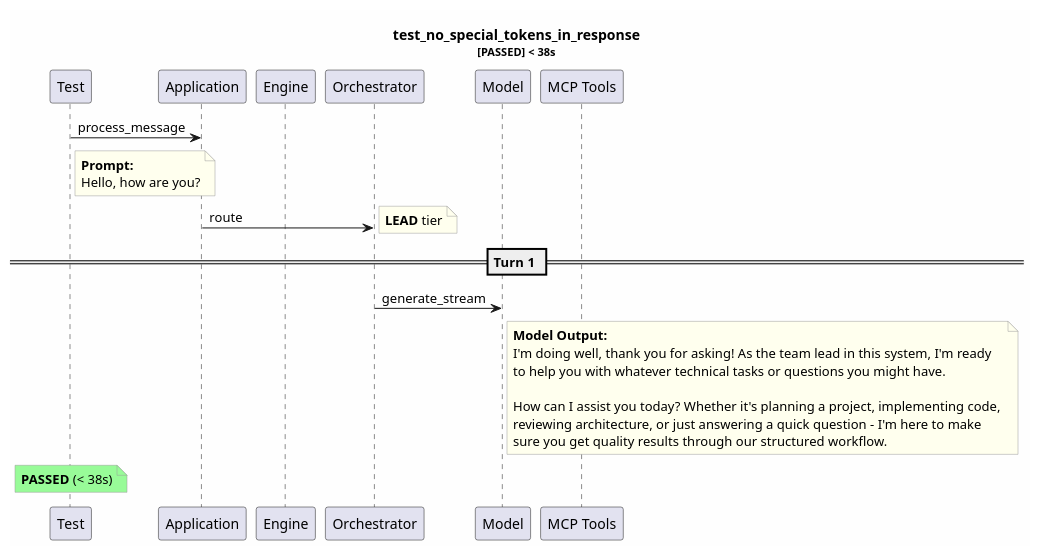
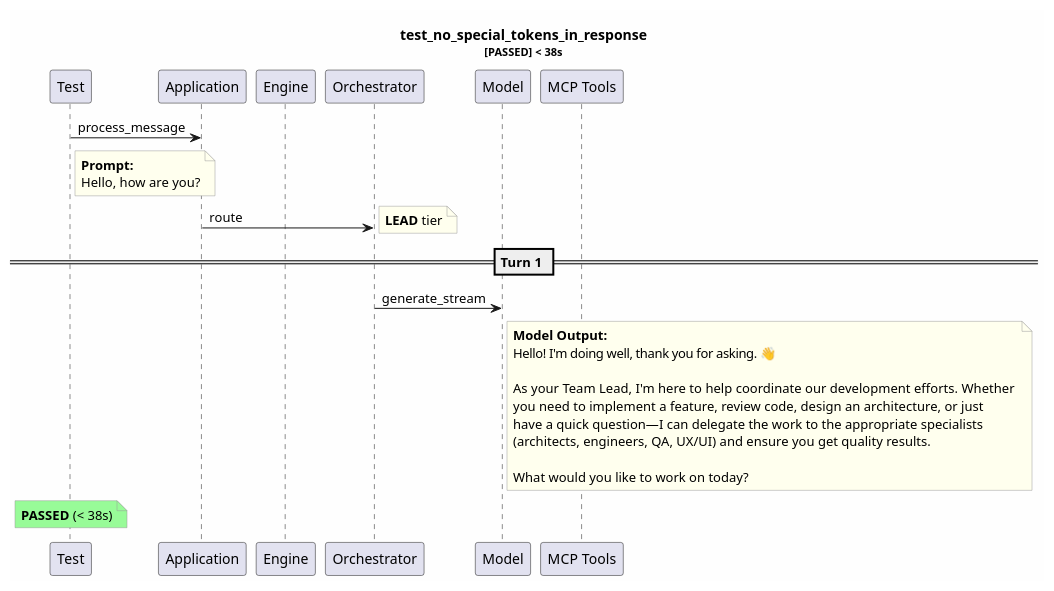
Before and after one commit to tvanfossen/entropic: the diagram in test-reports/logs/test_no_special_tokens_in_response/test_no_special_tokens_in_response.puml, drawn with PlantUML. The commit also changed 85 other files, not shown here.

```diff
--- a/test-reports/logs/test_no_special_tokens_in_response/test_no_special_tokens_in_response.puml
+++ b/test-reports/logs/test_no_special_tokens_in_response/test_no_special_tokens_in_response.puml
@@ -1,36 +1,38 @@
 @startuml
 skinparam backgroundColor #FEFEFE
 skinparam noteBorderColor #999999
 skinparam noteBackgroundColor #FFFFEE
 title test_no_special_tokens_in_response\n<size:11>[PASSED] < 38s</size>
 
 participant "Test" as T
 participant "Application" as App
 participant "Engine" as Eng
 participant "Orchestrator" as Orch
 participant "Model" as Mdl
 participant "MCP Tools" as MCP
 
 T -> App: process_message
 note right of T
   **Prompt:**
   Hello, how are you?
 end note
 App -> Orch: route
 note right: **LEAD** tier
 == Turn 1 ==
 Orch -> Mdl: generate_stream
 note right of Mdl
   **Model Output:**
-  I'm doing well, thank you for asking! As the team lead in this system, I'm ready
-  to help you with whatever technical tasks or questions you might have.
+  Hello! I'm doing well, thank you for asking. 👋
   
-  How can I assist you today? Whether it's planning a project, implementing code, 
-  reviewing architecture, or just answering a quick question - I'm here to make 
-  sure you get quality results through our structured workflow.
+  As your Team Lead, I'm here to help coordinate our development efforts. Whether 
+  you need to implement a feature, review code, design an architecture, or just 
+  have a quick question—I can delegate the work to the appropriate specialists 
+  (architects, engineers, QA, UX/UI) and ensure you get quality results.
+  
+  What would you like to work on today?
 end note
 note over T #palegreen
   **PASSED** (< 38s)
 end note
 
 @enduml
```
